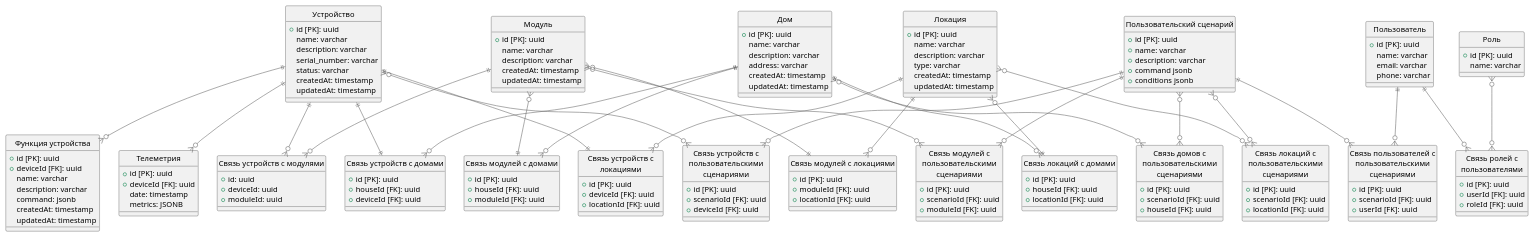
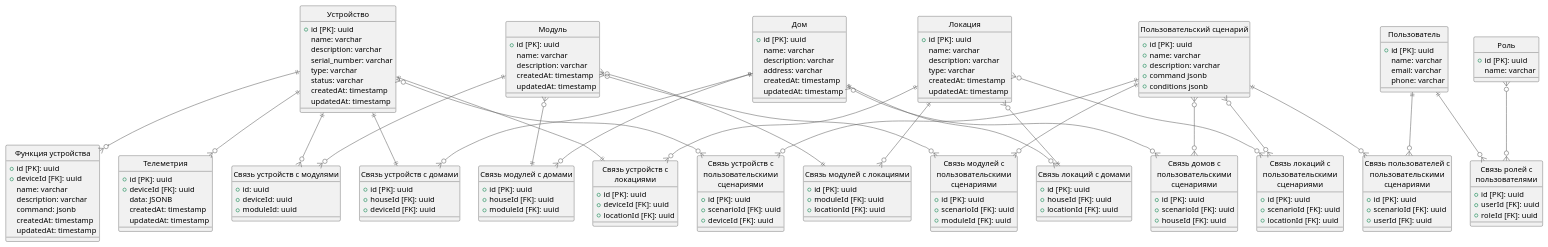
The diagram in diagrams/ER/er.puml (xSparKIx/architecture-pro-warmhouse), drawn with PlantUML before and after one commit. The commit also changed 31 other files, not shown here.

```diff
--- a/diagrams/ER/er.puml
+++ b/diagrams/ER/er.puml
@@ -1,194 +1,194 @@
 @startuml Er diagram
 
 hide circle
 
 !include ../templates/C4_Component.puml
 
 ' Сущности
 entity "Устройство" as Device {
     + id [PK]: uuid
     name: varchar
     description: varchar
     serial_number: varchar
+    type: varchar
     status: varchar
     createdAt: timestamp
     updatedAt: timestamp
 }
 
 entity "Функция устройства" as DeviceFunction {
     + id [PK]: uuid
     + deviceId [FK]: uuid
     name: varchar
     description: varchar
     command: jsonb
     createdAt: timestamp
     updatedAt: timestamp
 }
 
 entity "Модуль" as Module {
     + id [PK]: uuid
     name: varchar
     description: varchar
     createdAt: timestamp
     updatedAt: timestamp
 }
 
 entity "Связь устройств с модулями" as DMRelation {
     + id: uuid
     + deviceId: uuid
     + moduleId: uuid
 }
 
 entity "Телеметрия" as Telemetry {
     + id [PK]: uuid
     + deviceId [FK]: uuid
-    date: timestamp
-    metrics: JSONB
+    data: JSONB
+    createdAt: timestamp
+    updatedAt: timestamp
 }
 
 entity "Пользователь" as User {  
     + id [PK]: uuid
     name: varchar
     email: varchar
     phone: varchar
 }
 
 entity "Роль" as Role {  
     + id [PK]: uuid
     name: varchar
 }
 
 entity "Связь ролей с пользователями" as RURelation {
     + id [PK]: uuid
     + userId [FK]: uuid
     + roleId [FK]: uuid
 }
 
 entity "Дом" as House {
     + id [PK]: uuid
     name: varchar
     description: varchar
     address: varchar
     createdAt: timestamp
     updatedAt: timestamp
 }
 
 entity "Связь локаций с домами" as LHRelation {
     + id [PK]: uuid
     + houseId [FK]: uuid
     + locationId [FK]: uuid
 }
 
 entity "Связь модулей с домами" as MHRelation {
     + id [PK]: uuid
     + houseId [FK]: uuid
     + moduleId [FK]: uuid
 }
 
 entity "Связь устройств с домами" as DHRelation {
     + id [PK]: uuid
     + houseId [FK]: uuid
     + deviceId [FK]: uuid
 }
 
 entity "Локация" as Location {
     + id [PK]: uuid
     name: varchar
     description: varchar
     type: varchar
     createdAt: timestamp
     updatedAt: timestamp
 }
 
 entity "Связь модулей с локациями" as MLRelation {
     + id [PK]: uuid
     + moduleId [FK]: uuid
     + locationId [FK]: uuid
 }
 
 entity "Связь устройств с локациями" as DLRelation {
     + id [PK]: uuid
     + deviceId [FK]: uuid
     + locationId [FK]: uuid
 }
 
-' @todo conditions и command должны быть других типов и вообще условия должны быть в отдельной таблице
-' @todo и тогда в схеме C4 их тоже надо будет прописать
 entity "Пользовательский сценарий" as Scenario {
     + id [PK]: uuid
     + name: varchar
     + description: varchar
     + command jsonb
     + conditions jsonb
 }
 
 entity "Связь домов с пользовательскими сценариями" as HSRelation {
     + id [PK]: uuid
     + scenarioId [FK]: uuid
     + houseId [FK]: uuid
 }
 
 entity "Связь локаций с пользовательскими сценариями" as LSRelation {
     + id [PK]: uuid
     + scenarioId [FK]: uuid
     + locationId [FK]: uuid
 }
 
 entity "Связь модулей с пользовательскими сценариями" as MSRelation {
     + id [PK]: uuid
     + scenarioId [FK]: uuid
     + moduleId [FK]: uuid
 }
 
 entity "Связь устройств с пользовательскими сценариями" as DSRelation {
     + id [PK]: uuid
     + scenarioId [FK]: uuid
     + deviceId [FK]: uuid
 }
 
 entity "Связь пользователей с пользовательскими сценариями" as USRelation {
     + id [PK]: uuid
     + scenarioId [FK]: uuid
     + userId [FK]: uuid
 }
 
 ' Связи устройств
 Device ||--o{ DeviceFunction
 Device ||--o{ DMRelation
 Device ||--o{ Telemetry
 Device ||--|| DHRelation
 Device ||--|| DLRelation
 Device }o--o{ DSRelation
 
 ' Связи модулей
 Module ||--o{ DMRelation
 Module }o--|| MHRelation
 Module }o--|| MLRelation
 Module }o--o{ MSRelation
 
 ' Связи пользователей
 User ||--o{ RURelation
 User ||--o{ USRelation
 
 ' Связи ролей
 Role }o--o{ RURelation
 
 ' Связи домов
 House ||--o{ LHRelation
 House ||--o{ MHRelation
 House ||--o{ DHRelation
 House }o--o{ HSRelation
 
 ' Связи локаций
 Location }o--|| LHRelation
 Location ||--o{ MLRelation
 Location ||--o{ DLRelation
 Location }o--o{ LSRelation
 
 ' Связи пользовательских сценариев
 Scenario }o--o{ HSRelation
 Scenario }o--o{ LSRelation
 Scenario ||--o{ MSRelation
 Scenario ||--o{ DSRelation
 Scenario ||--o{ USRelation
 @enduml
```
